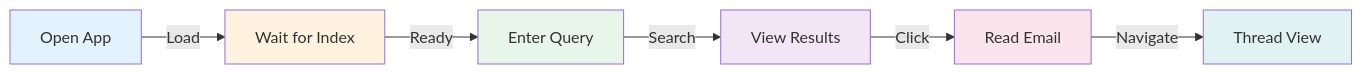
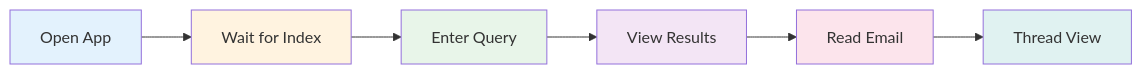
Before and after one commit to Dicklesworthstone/ees: the second of 5 diagrams in README.md, drawn with Mermaid. The commit also changed other lines of this file, not shown here.

Commit message:
Revise README to improve clarity on mobile experience, update navigation flowcharts, and enhance descriptions of UI components and performance optimizations.

````diff
--- a/README.md
+++ b/README.md
@@ -105,15 +105,15 @@
 ```mermaid
-graph LR
-    A[Open App] -->|Load| B[Wait for Index]
-    B -->|Ready| C[Enter Query]
-    C -->|Search| D[View Results]
-    D -->|Click| E[Read Email]
-    E -->|Navigate| F[Thread View]
+flowchart LR
+    A[Open App] --> B[Wait for Index]
+    B --> C[Enter Query]
+    C --> D[View Results]
+    D --> E[Read Email]
+    E --> F[Thread View]
     
     style A fill:#e3f2fd
     style B fill:#fff3e0
     style C fill:#e8f5e9
     style D fill:#f3e5f5
     style E fill:#fce4ec
     style F fill:#e0f2f1
 ```
````
